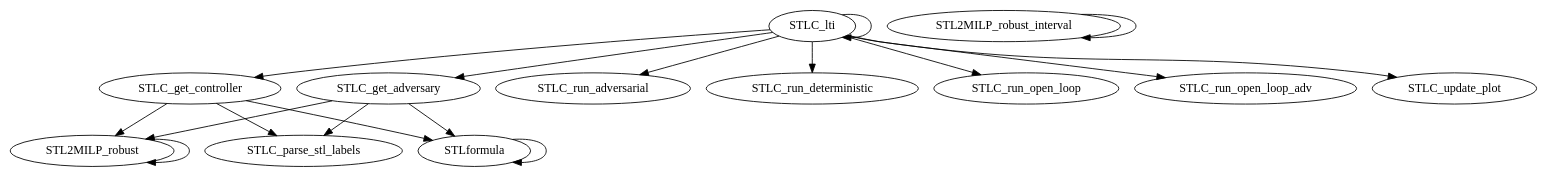
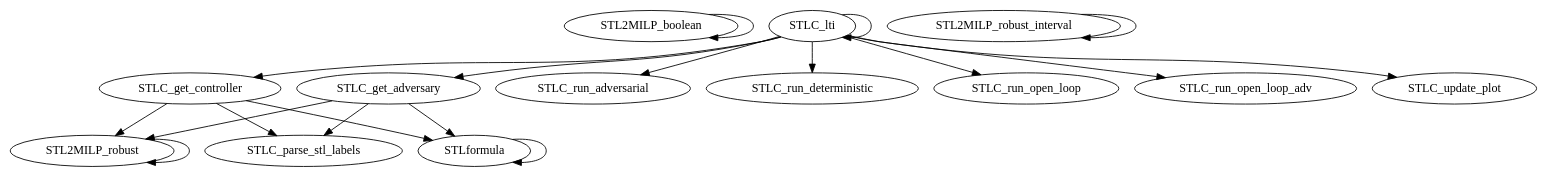
One commit to BluSTL/BluSTL changed the diagram in doc/src/graph.dot. Above: the diagram before and after it, drawn with Graphviz. The commit also changed 68 other files, not shown here.

```diff
--- a/doc/src/graph.dot
+++ b/doc/src/graph.dot
@@ -1,33 +1,35 @@
 /* Created by mdot for Matlab */
 digraph m2html {
+  STL2MILP_boolean -> STL2MILP_boolean;
   STL2MILP_robust -> STL2MILP_robust;
   STL2MILP_robust_interval -> STL2MILP_robust_interval;
   STLC_get_adversary -> STL2MILP_robust;
   STLC_get_adversary -> STLC_parse_stl_labels;
   STLC_get_adversary -> STLformula;
   STLC_get_controller -> STL2MILP_robust;
   STLC_get_controller -> STLC_parse_stl_labels;
   STLC_get_controller -> STLformula;
   STLC_lti -> STLC_get_adversary;
   STLC_lti -> STLC_get_controller;
   STLC_lti -> STLC_lti;
   STLC_lti -> STLC_run_adversarial;
   STLC_lti -> STLC_run_deterministic;
   STLC_lti -> STLC_run_open_loop;
   STLC_lti -> STLC_run_open_loop_adv;
   STLC_lti -> STLC_update_plot;
   STLformula -> STLformula;
 
+  STL2MILP_boolean [URL="STL2MILP_boolean.html"];
   STL2MILP_robust [URL="STL2MILP_robust.html"];
   STL2MILP_robust_interval [URL="STL2MILP_robust_interval.html"];
   STLC_get_adversary [URL="STLC_get_adversary.html"];
   STLC_get_controller [URL="STLC_get_controller.html"];
   STLC_lti [URL="STLC_lti.html"];
   STLC_parse_stl_labels [URL="STLC_parse_stl_labels.html"];
   STLC_run_adversarial [URL="STLC_run_adversarial.html"];
   STLC_run_deterministic [URL="STLC_run_deterministic.html"];
   STLC_run_open_loop [URL="STLC_run_open_loop.html"];
   STLC_run_open_loop_adv [URL="STLC_run_open_loop_adv.html"];
   STLC_update_plot [URL="STLC_update_plot.html"];
   STLformula [URL="STLformula.html"];
 }
```
